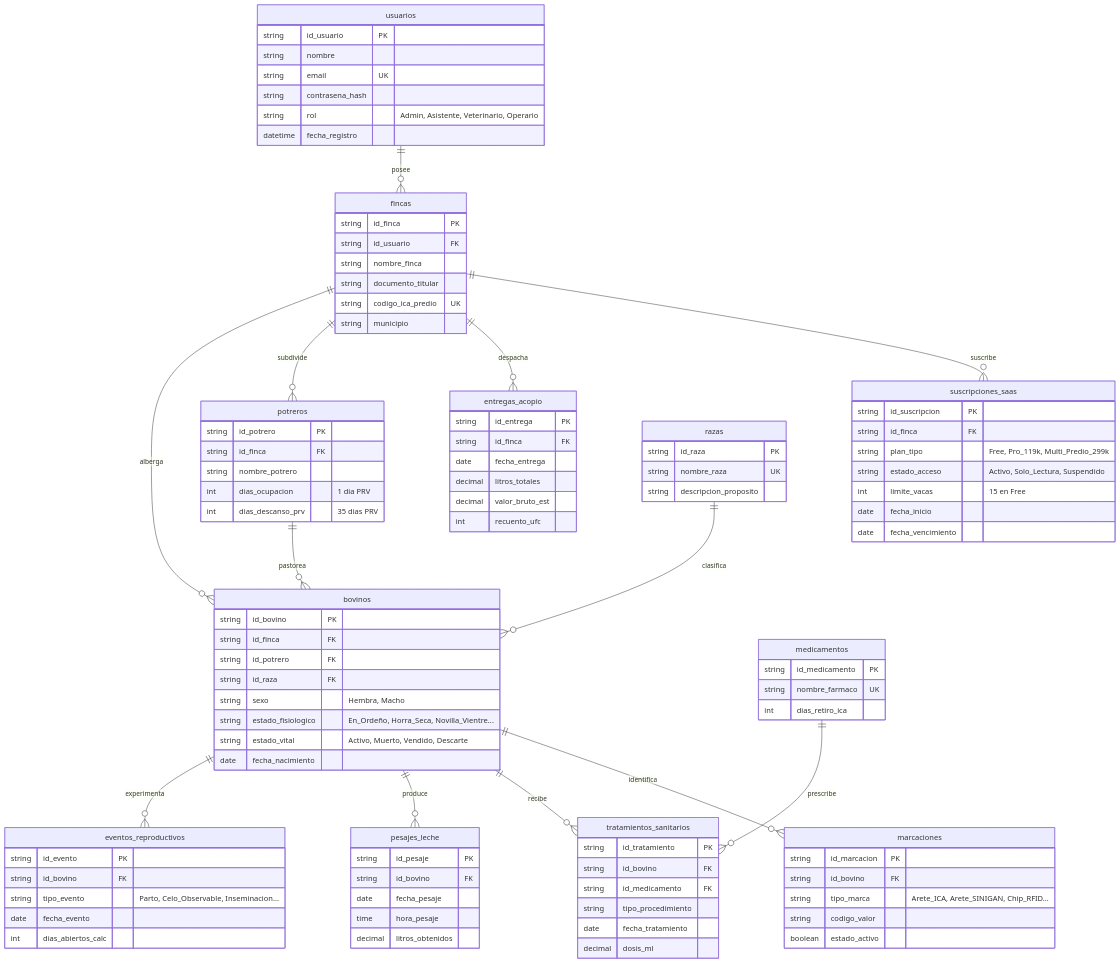
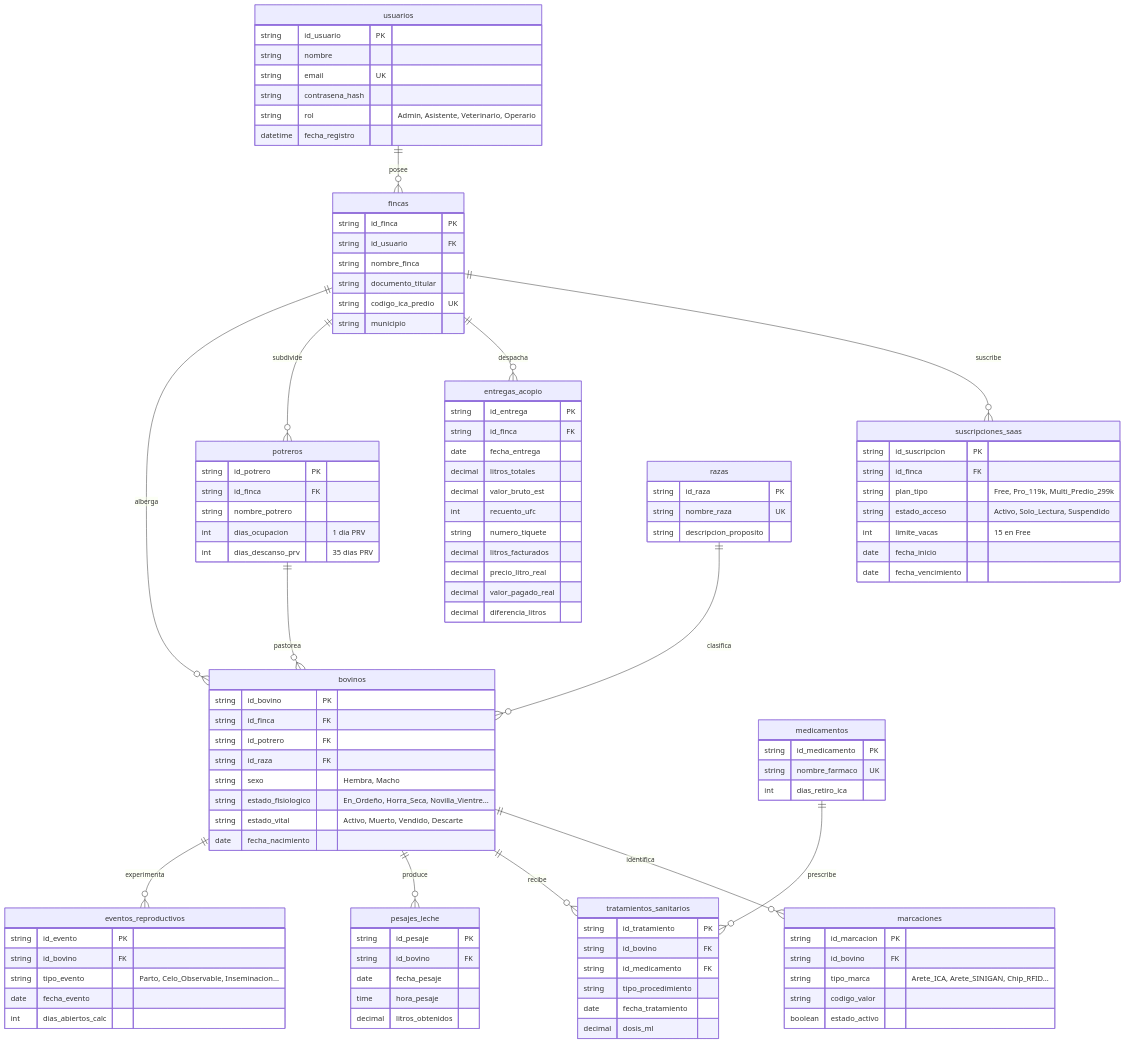
One commit to jeiserlabs/proganado changed the diagram in 01_Base_de_Datos_SQL/proganado_mer.mmd. Above: the diagram before and after it, drawn with Mermaid. The commit also changed 5 other files, not shown here.

```diff
--- a/01_Base_de_Datos_SQL/proganado_mer.mmd
+++ b/01_Base_de_Datos_SQL/proganado_mer.mmd
@@ -1,114 +1,119 @@
 erDiagram
     usuarios ||--o{ fincas : "posee"
     fincas ||--o{ suscripciones_saas : "suscribe"
     fincas ||--o{ entregas_acopio : "despacha"
     fincas ||--o{ potreros : "subdivide"
     fincas ||--o{ bovinos : "alberga"
     potreros ||--o{ bovinos : "pastorea"
     razas ||--o{ bovinos : "clasifica"
     bovinos ||--o{ marcaciones : "identifica"
     bovinos ||--o{ tratamientos_sanitarios : "recibe"
     medicamentos ||--o{ tratamientos_sanitarios : "prescribe"
     bovinos ||--o{ pesajes_leche : "produce"
     bovinos ||--o{ eventos_reproductivos : "experimenta"
 
     usuarios {
         string id_usuario PK
         string nombre
         string email UK
         string contrasena_hash
         string rol "Admin, Asistente, Veterinario, Operario"
         datetime fecha_registro
     }
 
     fincas {
         string id_finca PK
         string id_usuario FK
         string nombre_finca
         string documento_titular
         string codigo_ica_predio UK
         string municipio
     }
 
     suscripciones_saas {
         string id_suscripcion PK
         string id_finca FK
         string plan_tipo "Free, Pro_119k, Multi_Predio_299k"
         string estado_acceso "Activo, Solo_Lectura, Suspendido"
         int limite_vacas "15 en Free"
         date fecha_inicio
         date fecha_vencimiento
     }
 
     entregas_acopio {
         string id_entrega PK
         string id_finca FK
         date fecha_entrega
         decimal litros_totales
         decimal valor_bruto_est
         int recuento_ufc
+        string numero_tiquete
+        decimal litros_facturados
+        decimal precio_litro_real
+        decimal valor_pagado_real
+        decimal diferencia_litros
     }
 
     potreros {
         string id_potrero PK
         string id_finca FK
         string nombre_potrero
         int dias_ocupacion "1 dia PRV"
         int dias_descanso_prv "35 dias PRV"
     }
 
     razas {
         string id_raza PK
         string nombre_raza UK
         string descripcion_proposito
     }
 
     bovinos {
         string id_bovino PK
         string id_finca FK
         string id_potrero FK
         string id_raza FK
         string sexo "Hembra, Macho"
         string estado_fisiologico "En_Ordeño, Horra_Seca, Novilla_Vientre..."
         string estado_vital "Activo, Muerto, Vendido, Descarte"
         date fecha_nacimiento
     }
 
     marcaciones {
         string id_marcacion PK
         string id_bovino FK
         string tipo_marca "Arete_ICA, Arete_SINIGAN, Chip_RFID..."
         string codigo_valor
         boolean estado_activo
     }
 
     medicamentos {
         string id_medicamento PK
         string nombre_farmaco UK
         int dias_retiro_ica
     }
 
     tratamientos_sanitarios {
         string id_tratamiento PK
         string id_bovino FK
         string id_medicamento FK
         string tipo_procedimiento
         date fecha_tratamiento
         decimal dosis_ml
     }
 
     pesajes_leche {
         string id_pesaje PK
         string id_bovino FK
         date fecha_pesaje
         time hora_pesaje
         decimal litros_obtenidos
     }
 
     eventos_reproductivos {
         string id_evento PK
         string id_bovino FK
         string tipo_evento "Parto, Celo_Observable, Inseminacion..."
         date fecha_evento
         int dias_abiertos_calc
     }
```
